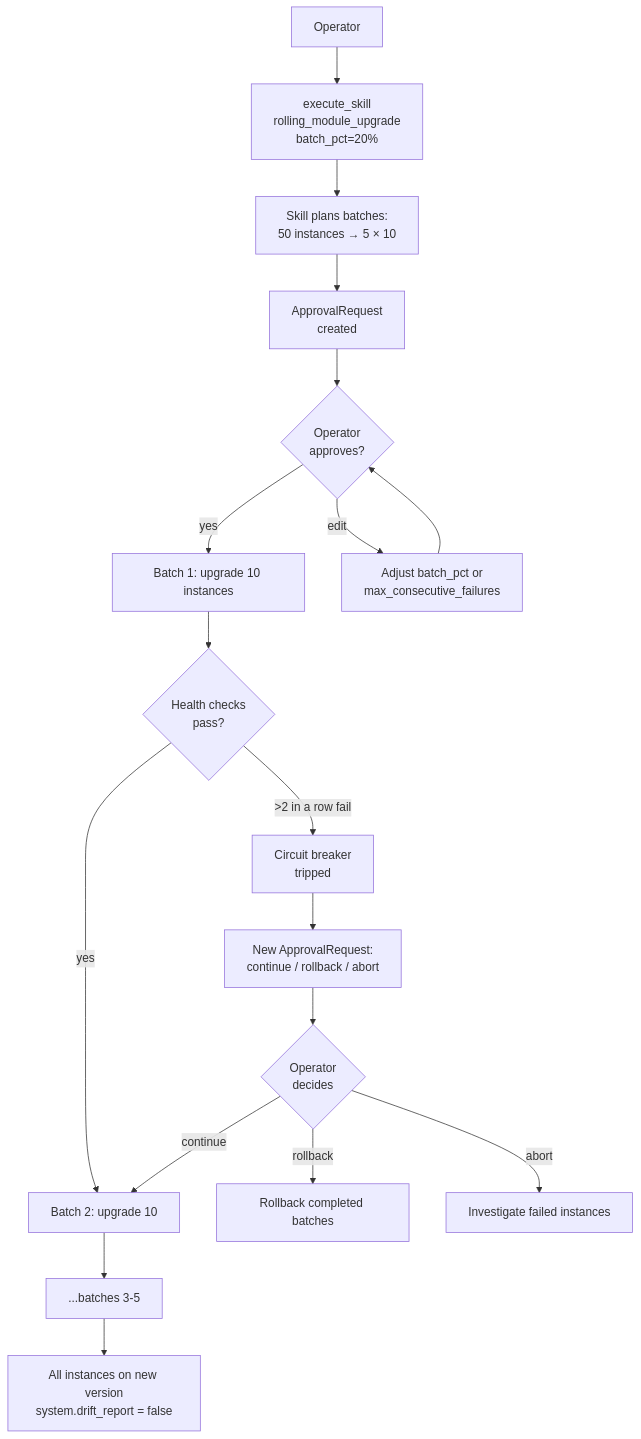
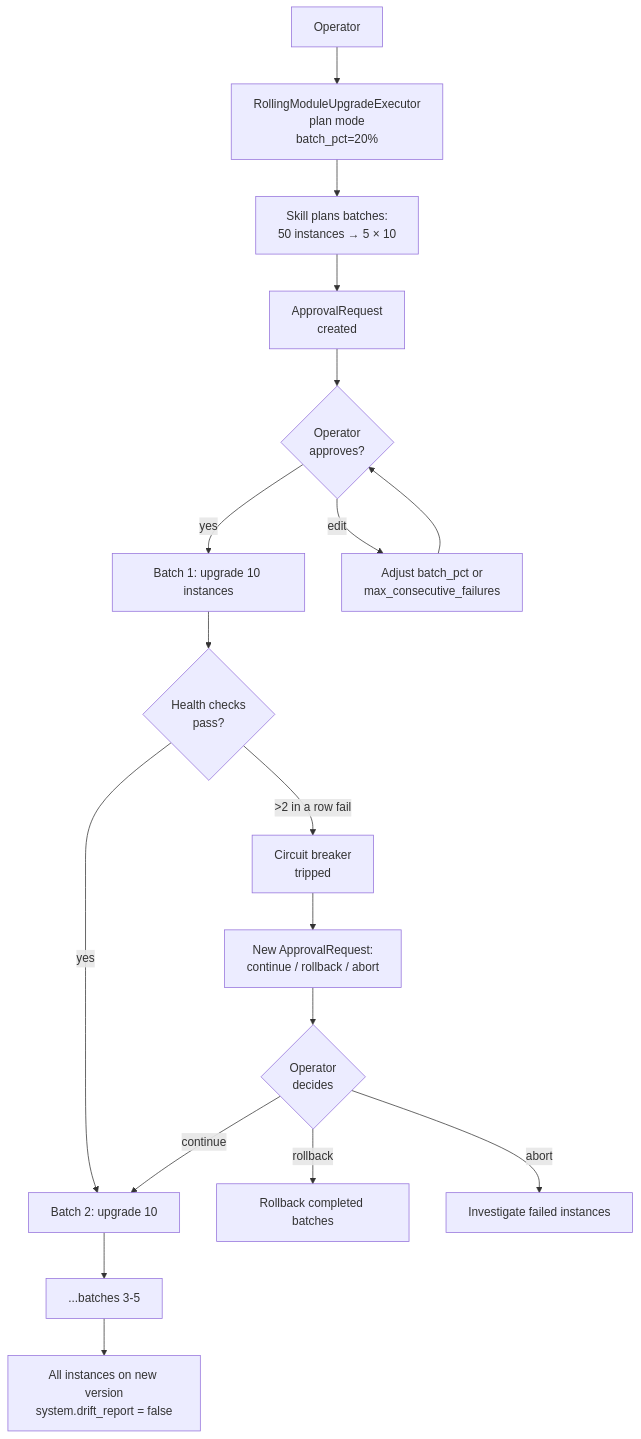
The diagram in docs/tutorials/06-rolling-upgrade.md (nodealchemy/powernode-system), drawn with Mermaid before and after one commit. The commit also changed other lines of this file and 63 other files, not shown here.

````diff
--- a/docs/tutorials/06-rolling-upgrade.md
+++ b/docs/tutorials/06-rolling-upgrade.md
@@ -19,20 +21,20 @@
 ```mermaid
 flowchart TD
-    Op[Operator] --> Plan[execute_skill<br/>rolling_module_upgrade<br/>batch_pct=20%]
+    Op[Operator] --> Plan[RollingModuleUpgradeExecutor<br/>plan mode<br/>batch_pct=20%]
     Plan --> Plan2[Skill plans batches:<br/>50 instances → 5 × 10]
     Plan2 --> Apr[ApprovalRequest<br/>created]
     Apr --> Op2{Operator<br/>approves?}
     Op2 -->|yes| B1[Batch 1: upgrade 10 instances]
     Op2 -->|edit| Edit[Adjust batch_pct or<br/>max_consecutive_failures]
     Edit --> Op2
     B1 --> H1{Health checks<br/>pass?}
     H1 -->|yes| B2[Batch 2: upgrade 10]
     H1 -->|>2 in a row fail| CB[Circuit breaker<br/>tripped]
     CB --> Apr2[New ApprovalRequest:<br/>continue / rollback / abort]
     Apr2 --> Op3{Operator<br/>decides}
     Op3 -->|continue| B2
     Op3 -->|rollback| RB[Rollback completed batches]
     Op3 -->|abort| Stop[Investigate failed instances]
     B2 --> B3[...batches 3-5]
     B3 --> Done[All instances on new version<br/>system.drift_report = false]
 ```
````
